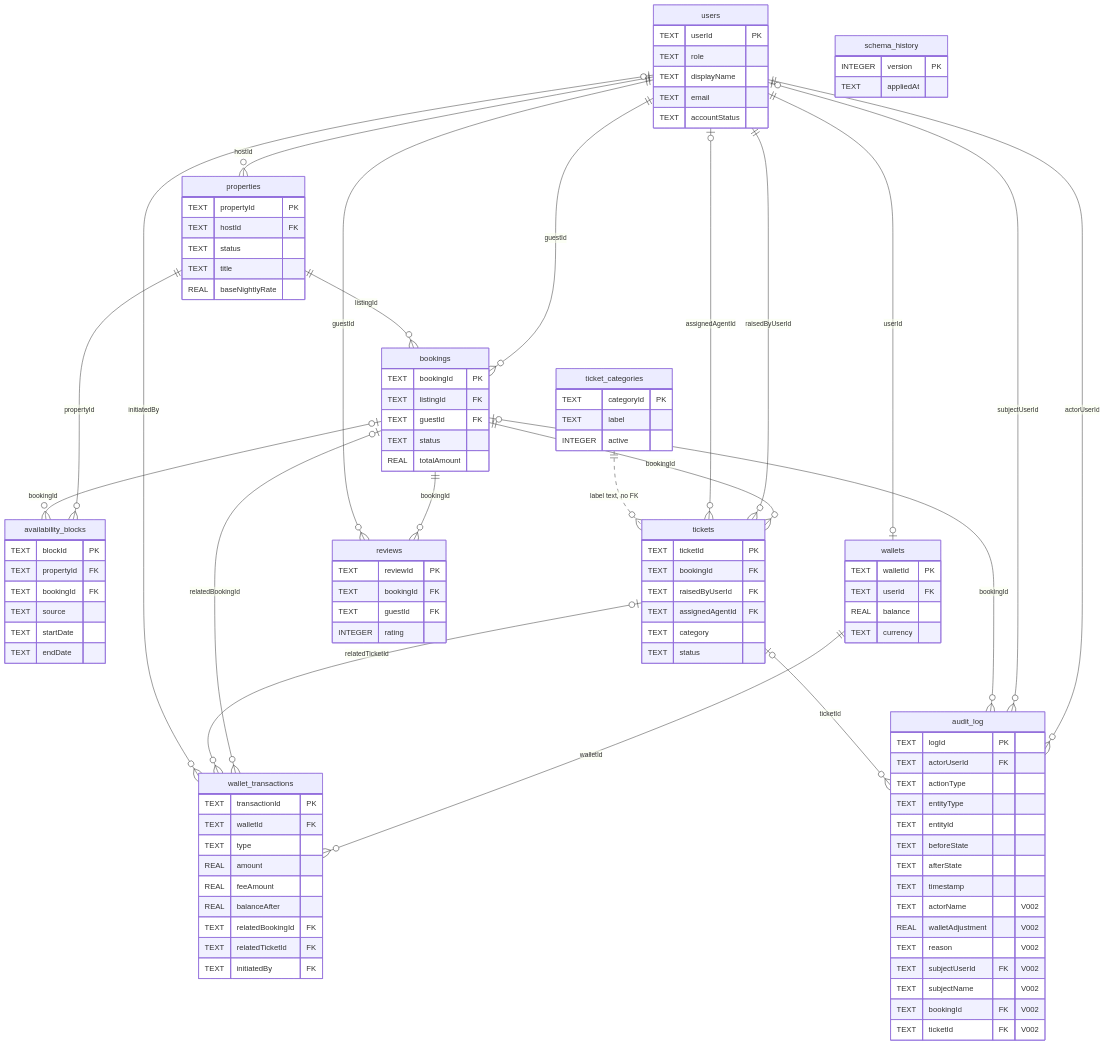
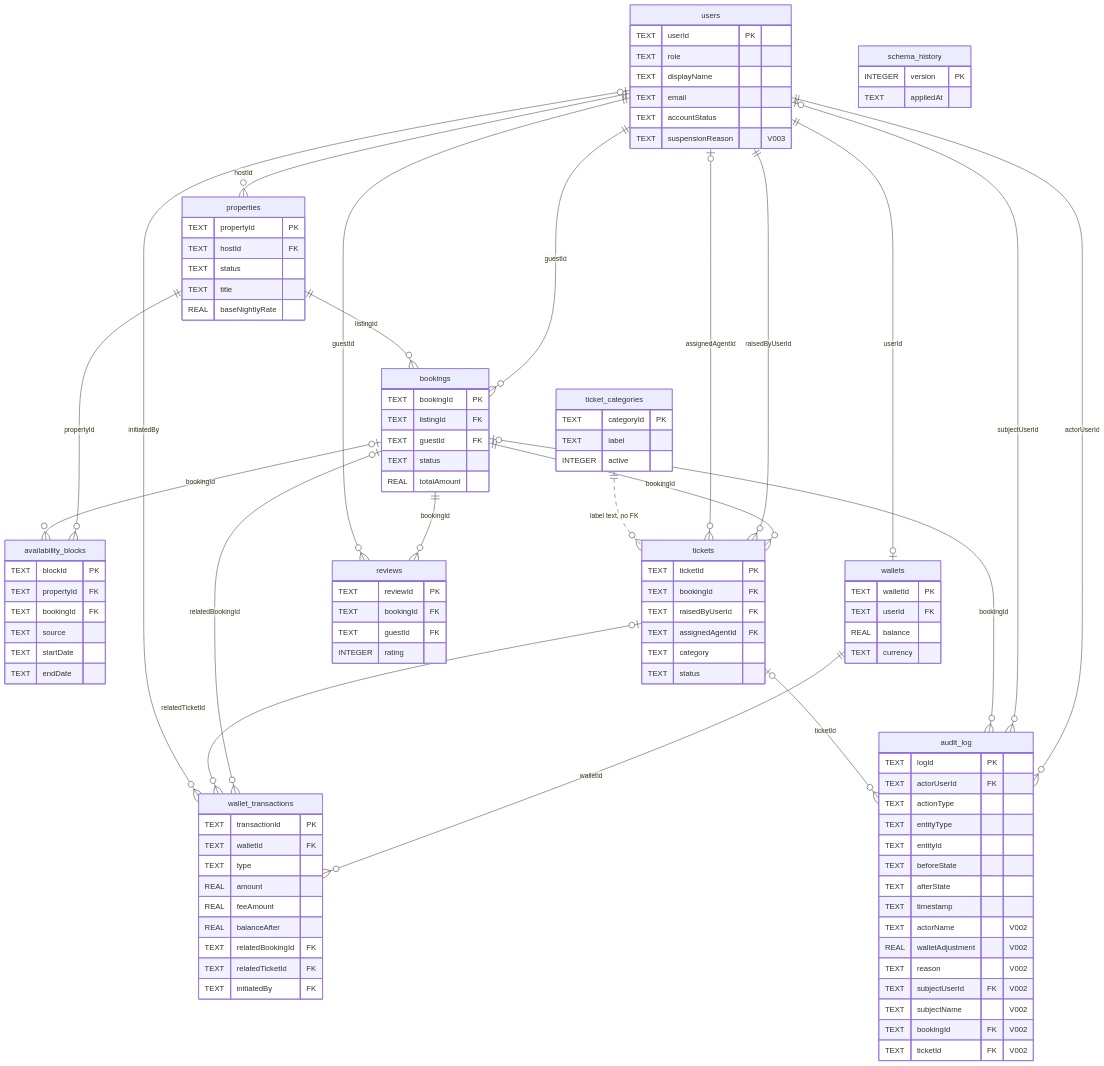
Before and after one commit to CS3227-2610-MP2-SnoozeShare/CS3227-2610-MP2: the fifth of 6 diagrams in docs/DeveloperGuide.md, drawn with Mermaid. The commit also changed other lines of this file and 2 other files, not shown here.

```diff
--- a/docs/DeveloperGuide.md
+++ b/docs/DeveloperGuide.md
@@ -629,6 +646,7 @@
     TEXT displayName
     TEXT email
     TEXT accountStatus
+    TEXT suspensionReason "V003"
   }
   properties {
     TEXT propertyId PK
```
